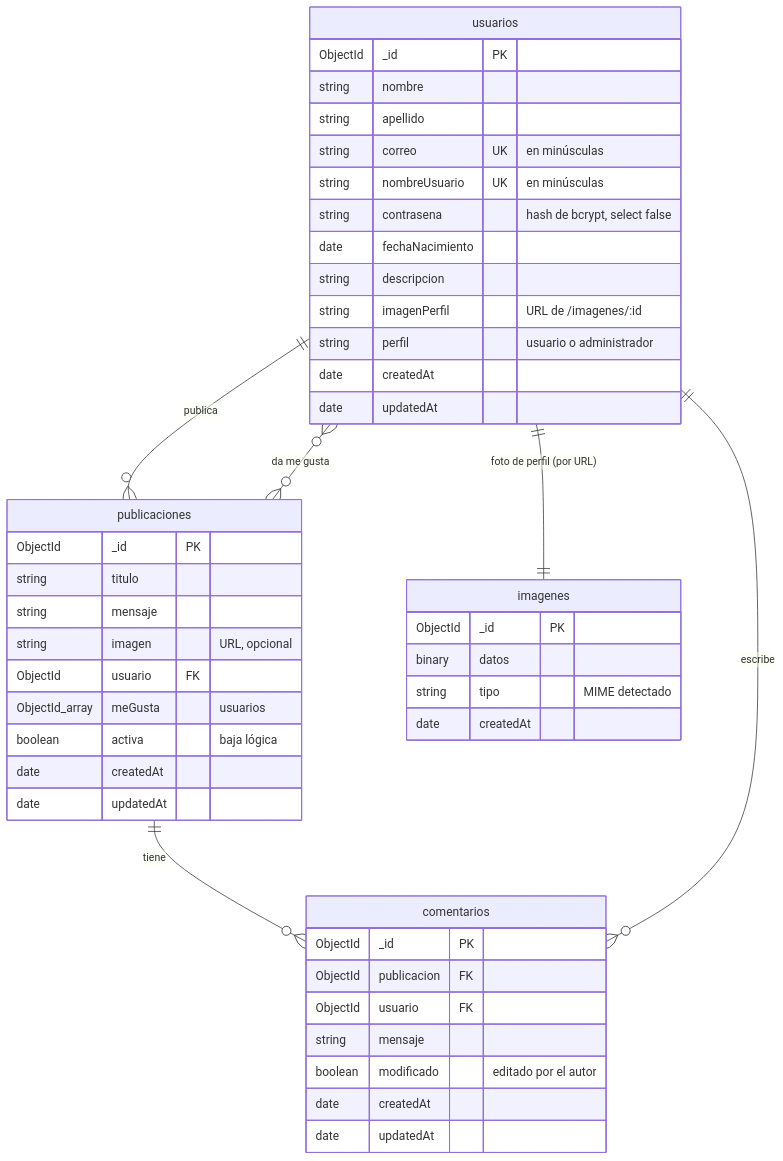
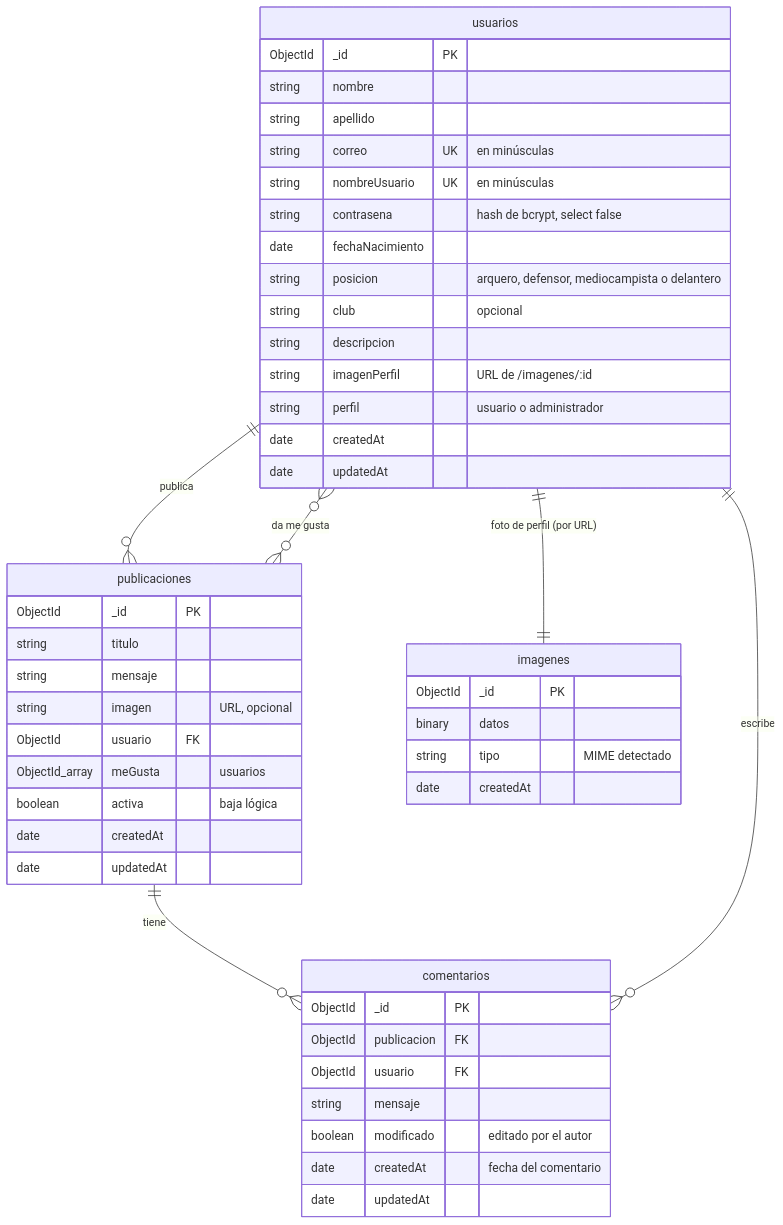
The diagram in TECNICO.md (KevinPlucci/Plaza-Red-Social), drawn with Mermaid before and after one commit. The commit also changed other lines of this file and 57 other files, not shown here.

````diff
--- a/TECNICO.md
+++ b/TECNICO.md
@@ -193,48 +211,50 @@
 ```mermaid
 erDiagram
   usuarios ||--o{ publicaciones : "publica"
   usuarios }o--o{ publicaciones : "da me gusta"
   usuarios ||--|| imagenes : "foto de perfil (por URL)"
   publicaciones ||--o{ comentarios : "tiene"
   usuarios ||--o{ comentarios : "escribe"
   usuarios {
     ObjectId _id PK
     string nombre
     string apellido
     string correo UK "en minúsculas"
     string nombreUsuario UK "en minúsculas"
     string contrasena "hash de bcrypt, select false"
     date fechaNacimiento
+    string posicion "arquero, defensor, mediocampista o delantero"
+    string club "opcional"
     string descripcion
     string imagenPerfil "URL de /imagenes/:id"
     string perfil "usuario o administrador"
     date createdAt
     date updatedAt
   }
   publicaciones {
     ObjectId _id PK
     string titulo
     string mensaje
     string imagen "URL, opcional"
     ObjectId usuario FK
     ObjectId_array meGusta "usuarios"
     boolean activa "baja lógica"
     date createdAt
     date updatedAt
   }
   imagenes {
     ObjectId _id PK
     binary datos
     string tipo "MIME detectado"
     date createdAt
   }
   comentarios {
     ObjectId _id PK
     ObjectId publicacion FK
     ObjectId usuario FK
     string mensaje
     boolean modificado "editado por el autor"
-    date createdAt
+    date createdAt "fecha del comentario"
     date updatedAt
   }
 ```
````
